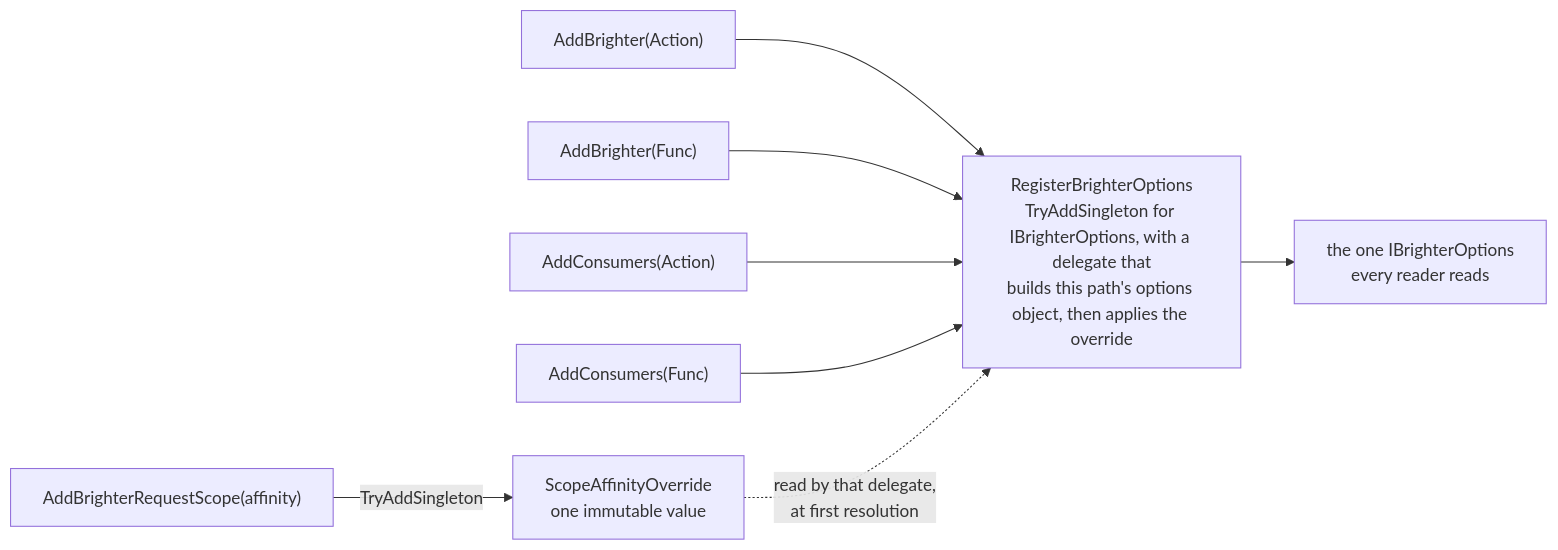
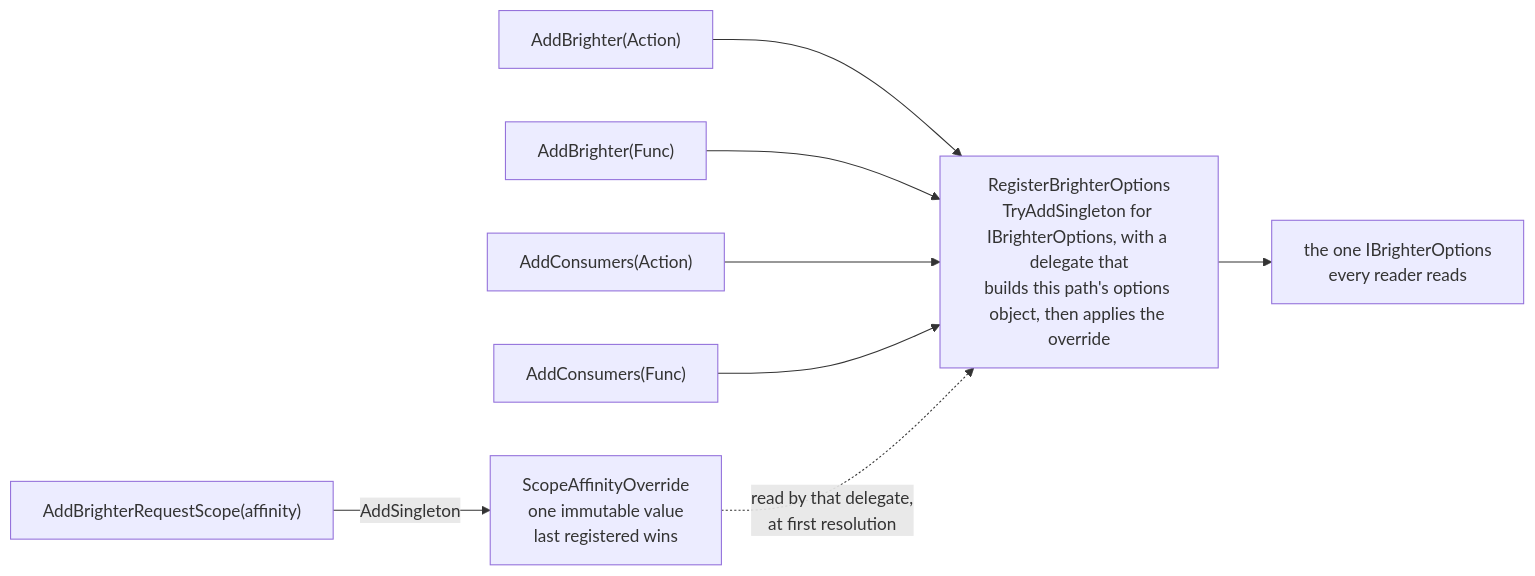
The second of 3 diagrams in docs/adr/0073-scope-affinity-opt-in-and-registration.md (BrighterCommand/Brighter), drawn with Mermaid before and after one commit. The commit also changed other lines of this file and 6 other files, not shown here.

````diff
--- a/docs/adr/0073-scope-affinity-opt-in-and-registration.md
+++ b/docs/adr/0073-scope-affinity-opt-in-and-registration.md
@@ -116,11 +116,11 @@
 ```mermaid
 flowchart LR
     a1["AddBrighter(Action)"] --> RBO
     a2["AddBrighter(Func)"] --> RBO
     a3["AddConsumers(Action)"] --> RBO
     a4["AddConsumers(Func)"] --> RBO
-    ext["AddBrighterRequestScope(affinity)"] -- "TryAddSingleton" --> ovr["ScopeAffinityOverride<br/>one immutable value"]
+    ext["AddBrighterRequestScope(affinity)"] -- "AddSingleton" --> ovr["ScopeAffinityOverride<br/>one immutable value<br/>last registered wins"]
     RBO["RegisterBrighterOptions<br/>TryAddSingleton for IBrighterOptions, with a delegate that<br/>builds this path's options object, then applies the override"]
     ovr -. "read by that delegate,<br/>at first resolution" .-> RBO
     RBO --> opts["the one IBrighterOptions<br/>every reader reads"]
 ```
````
